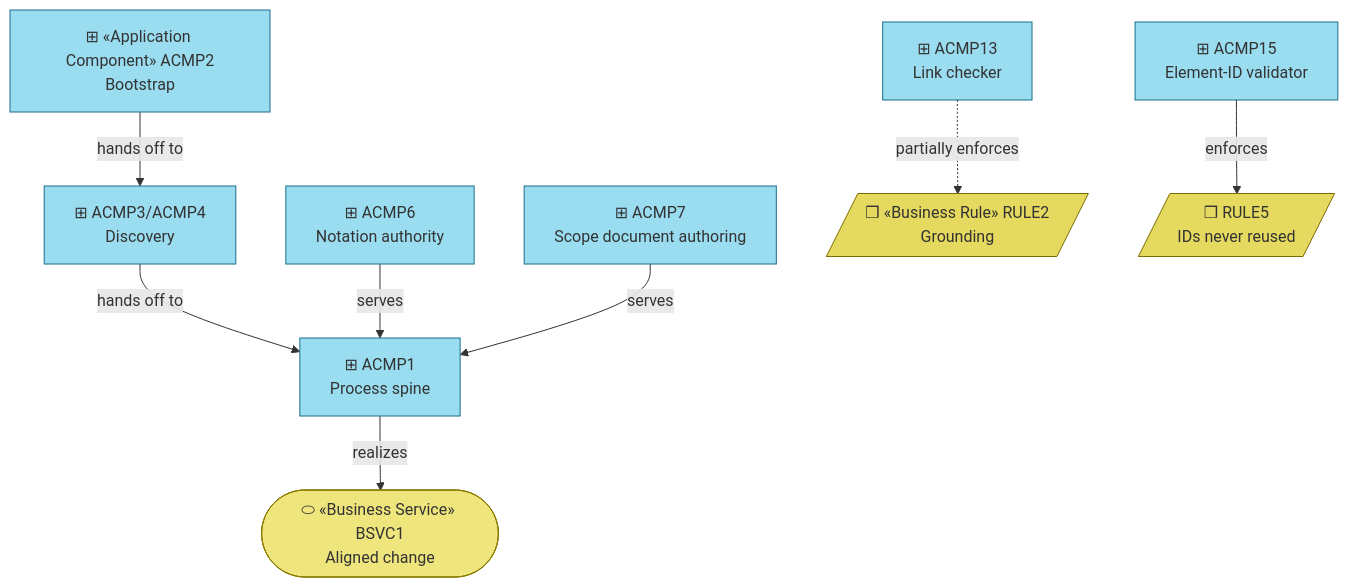
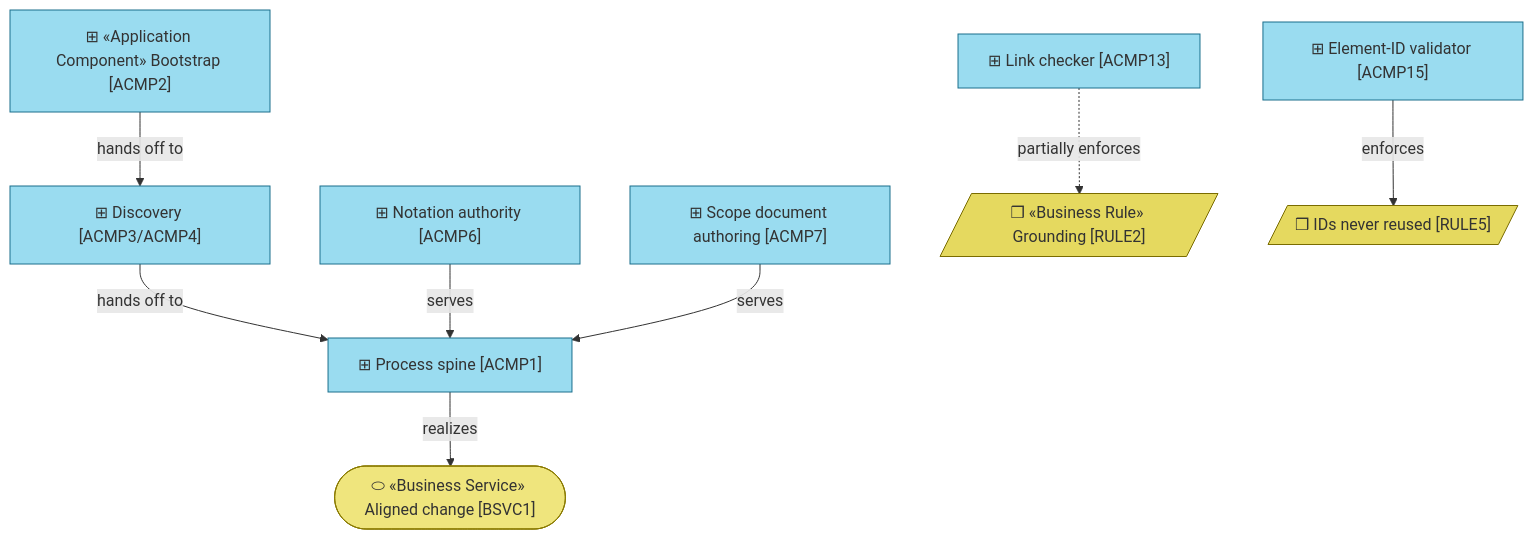
The second of 2 diagrams in product-archreator/architecture/4_application/1_application-components.md (roanboc/architecture-archreator), drawn with Mermaid before and after one commit. The commit also changed other lines of this file and 38 other files, not shown here.

````diff
--- a/product-archreator/architecture/4_application/1_application-components.md
+++ b/product-archreator/architecture/4_application/1_application-components.md
@@ -33,26 +33,26 @@
 ```mermaid
 flowchart TB
-  acmp2["⊞ «Application Component» ACMP2<br>Bootstrap"]:::component
-  acmp3["⊞ ACMP3/ACMP4<br>Discovery"]:::component
-  acmp1["⊞ ACMP1<br>Process spine"]:::component
-  acmp6["⊞ ACMP6<br>Notation authority"]:::component
-  acmp7["⊞ ACMP7<br>Scope document authoring"]:::component
-  acmp13["⊞ ACMP13<br>Link checker"]:::component
-  acmp15["⊞ ACMP15<br>Element-ID validator"]:::component
+  acmp2["⊞ «Application Component» Bootstrap [ACMP2]"]:::component
+  acmp3["⊞ Discovery [ACMP3/ACMP4]"]:::component
+  acmp1["⊞ Process spine [ACMP1]"]:::component
+  acmp6["⊞ Notation authority [ACMP6]"]:::component
+  acmp7["⊞ Scope document authoring [ACMP7]"]:::component
+  acmp13["⊞ Link checker [ACMP13]"]:::component
+  acmp15["⊞ Element-ID validator [ACMP15]"]:::component
 
-  bsvc1(["⬭ «Business Service» BSVC1<br>Aligned change"]):::service
-  rule2[/"❒ «Business Rule» RULE2<br>Grounding"/]:::rule
-  rule5[/"❒ RULE5<br>IDs never reused"/]:::rule
+  bsvc1(["⬭ «Business Service» Aligned change [BSVC1]"]):::service
+  rule2[/"❒ «Business Rule» Grounding [RULE2]"/]:::rule
+  rule5[/"❒ IDs never reused [RULE5]"/]:::rule
 
   acmp2 -->|hands off to| acmp3
   acmp3 -->|hands off to| acmp1
   acmp1 -->|realizes| bsvc1
   acmp6 -->|serves| acmp1
   acmp7 -->|serves| acmp1
   acmp13 -.->|partially enforces| rule2
   acmp15 -->|enforces| rule5
 
   classDef component fill:#9adcf0,stroke:#1a6f8c,color:#333
   classDef service fill:#efe57d,stroke:#8a7a00,color:#333
   classDef rule fill:#e5d95f,stroke:#7a6c00,color:#333
 ```
````
